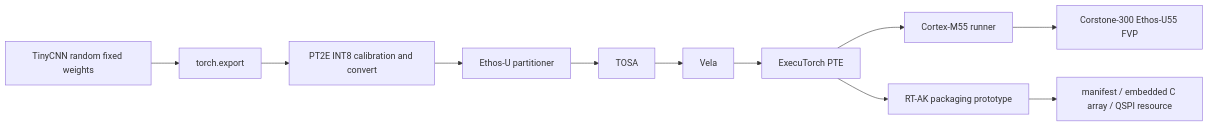
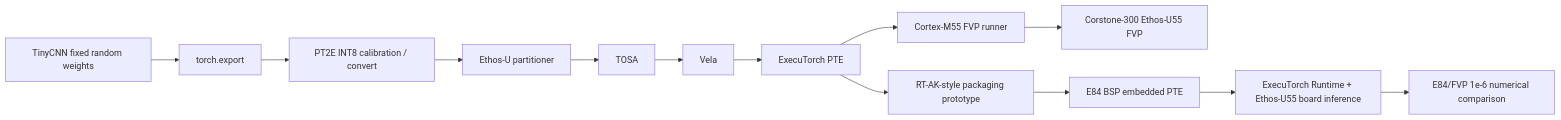
One commit to zwb725/tinycnn-edgi_talk changed the diagram in tinycnn-executorch/docs/00_project_overview.md. Above: the diagram before and after it, drawn with Mermaid. The commit also changed other lines of this file and 19 other files, not shown here.

````diff
--- a/tinycnn-executorch/docs/00_project_overview.md
+++ b/tinycnn-executorch/docs/00_project_overview.md
@@ -38,13 +47,15 @@
 ```mermaid
 flowchart LR
-  A["TinyCNN random fixed weights"] --> B["torch.export"]
-  B --> C["PT2E INT8 calibration and convert"]
+  A["TinyCNN fixed random weights"] --> B["torch.export"]
+  B --> C["PT2E INT8 calibration / convert"]
   C --> D["Ethos-U partitioner"]
   D --> E["TOSA"]
   E --> F["Vela"]
   F --> G["ExecuTorch PTE"]
-  G --> H["Cortex-M55 runner"]
+  G --> H["Cortex-M55 FVP runner"]
   H --> I["Corstone-300 Ethos-U55 FVP"]
-  G --> J["RT-AK packaging prototype"]
-  J --> K["manifest / embedded C array / QSPI resource"]
+  G --> J["RT-AK-style packaging prototype"]
+  J --> K["E84 BSP embedded PTE"]
+  K --> L["ExecuTorch Runtime + Ethos-U55 board inference"]
+  L --> M["E84/FVP 1e-6 numerical comparison"]
 ```
````
